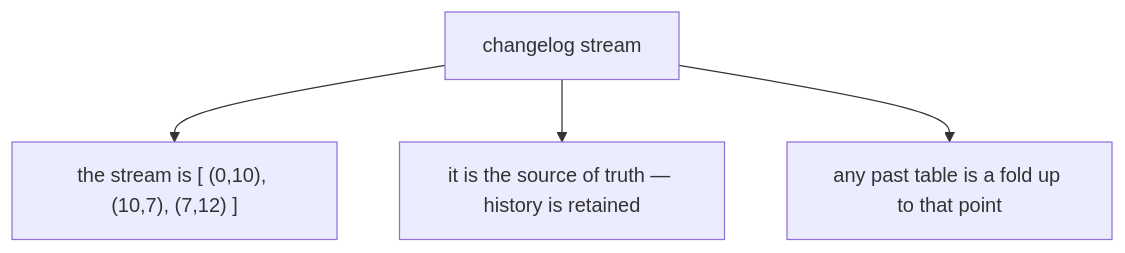
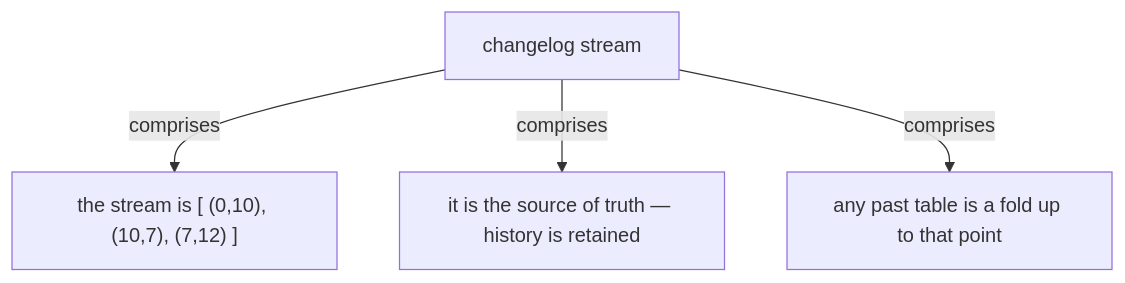
One commit to vinayakuber/streaming-systems-study-guide changed the sixth of 19 diagrams in docs/ch06-streams-and-tables.md. Above: the diagram before and after it, drawn with Mermaid. The commit also changed other lines of this file and 22 other files, not shown here.

First line of the commit message:
R18: label every diagram arrow with its meaning

````diff
--- a/docs/ch06-streams-and-tables.md
+++ b/docs/ch06-streams-and-tables.md
@@ -167,7 +167,7 @@
 ```mermaid
 flowchart TD
   R["changelog stream"]
-  R --> P0["the stream is [ (0,10), (10,7), (7,12) ]"]
-  R --> P1["it is the source of truth — history is retained"]
-  R --> P2["any past table is a fold up to that point"]
+  R -->|"comprises"| P0["the stream is [ (0,10), (10,7), (7,12) ]"]
+  R -->|"comprises"| P1["it is the source of truth — history is retained"]
+  R -->|"comprises"| P2["any past table is a fold up to that point"]
 ```
````
